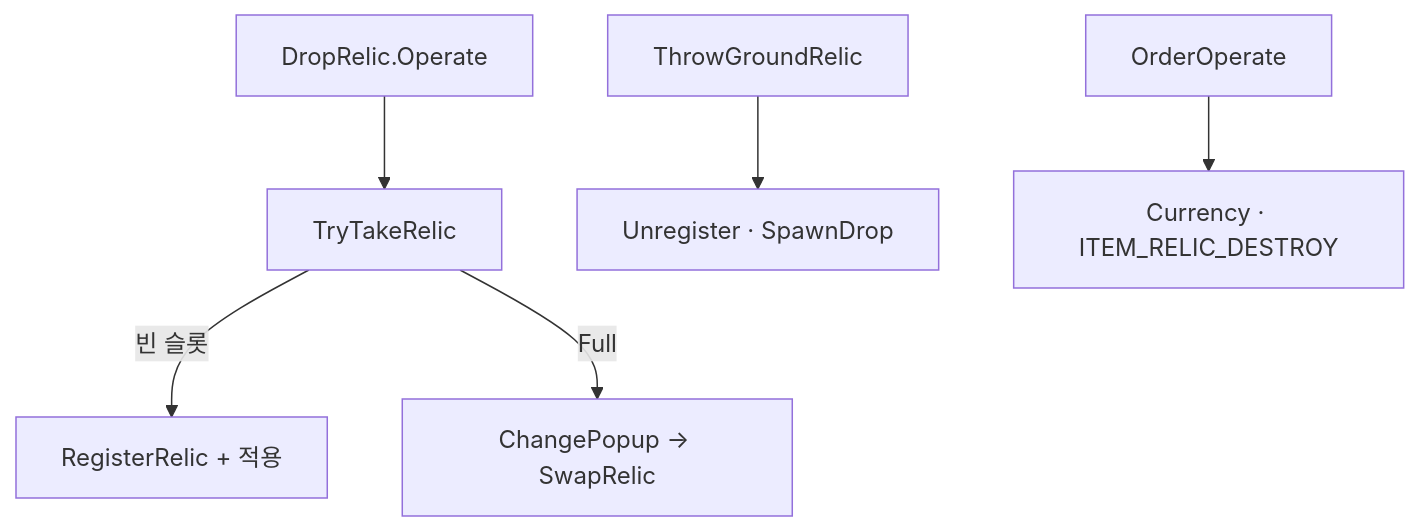
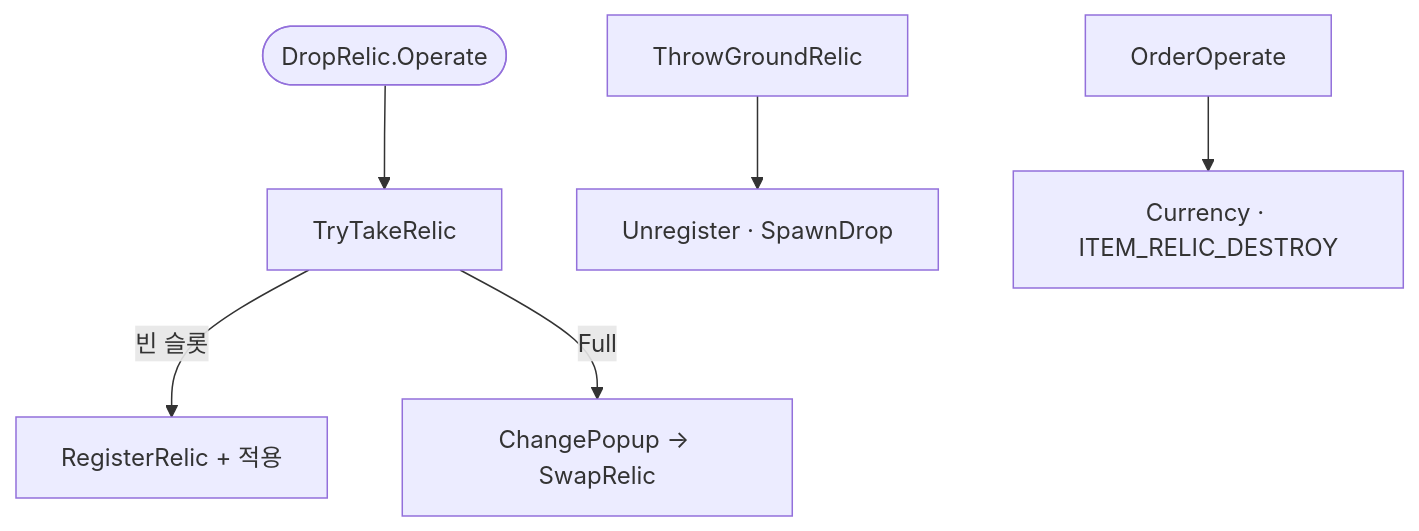
The second of 2 diagrams in notes/dragon-relic-acquire.md (monet5379/monet5379.github.io), drawn with Mermaid before and after one commit. The commit also changed other lines of this file and 8 other files, not shown here.

Commit message:
fix(notes): dragon monster·relic·inventory Mermaid visual

````diff
--- a/notes/dragon-relic-acquire.md
+++ b/notes/dragon-relic-acquire.md
@@ -85,8 +86,9 @@
 ```mermaid
 flowchart TD
-  O["DropRelic.Operate"] --> T["TryTakeRelic"]
+  O(["DropRelic.Operate"])
+  O --> T["TryTakeRelic"]
   T -->|빈 슬롯| A["RegisterRelic + 적용"]
   T -->|Full| C["ChangePopup → SwapRelic"]
   TH["ThrowGroundRelic"] --> U["Unregister · SpawnDrop"]
   X["OrderOperate"] --> G["Currency · ITEM_RELIC_DESTROY"]
 ```
````
